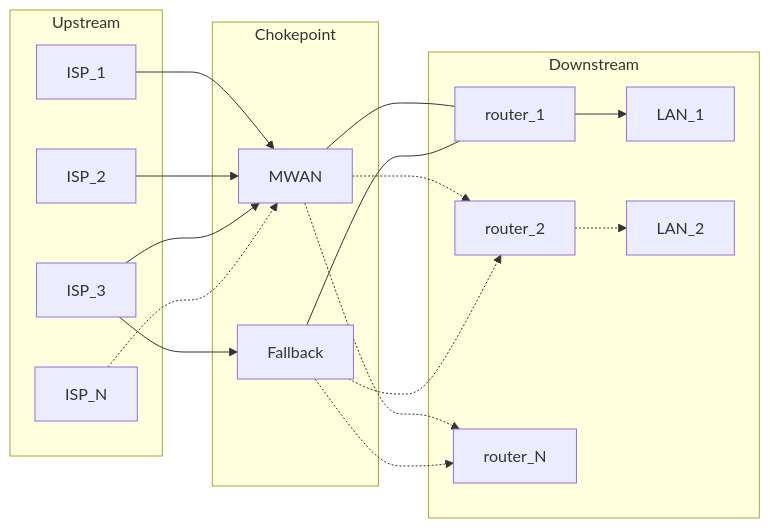
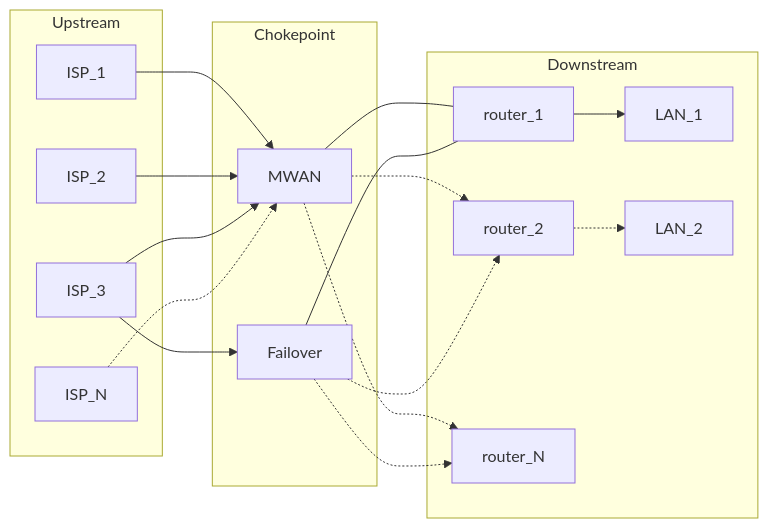
Before and after one commit to agoodkind/configs: the first of 10 diagrams in docs/mwan.md, drawn with Mermaid. The commit also changed other lines of this file, not shown here.

First line of the commit message:
Rewrite MWAN architecture page as complete spoken sentences (#270)

````diff
--- a/docs/mwan.md
+++ b/docs/mwan.md
@@ -44,33 +45,33 @@
 ```mermaid
 flowchart LR
   subgraph upstream [Upstream]
     isp1[ISP_1]
     isp2[ISP_2]
     isp3[ISP_3]
     ispN[ISP_N]
   end
   subgraph chokepoint [Chokepoint]
     mwan[MWAN]
-    fallback[Fallback]
+    failover[Failover]
   end
   subgraph downstream [Downstream]
     r1[router_1]
     r2[router_2]
     rN[router_N]
     lan1[LAN_1]
     lan2[LAN_2]
   end
   isp1 --> mwan
   isp2 --> mwan
   isp3 --> mwan
-  isp3 --> fallback
+  isp3 --> failover
   ispN -.-> mwan
   mwan --- r1
-  fallback --- r1
+  failover --- r1
   mwan -.-> r2
-  fallback -.-> r2
+  failover -.-> r2
   mwan -.-> rN
-  fallback -.-> rN
+  failover -.-> rN
   r1 --> lan1
   r2 -.-> lan2
 ```
````
